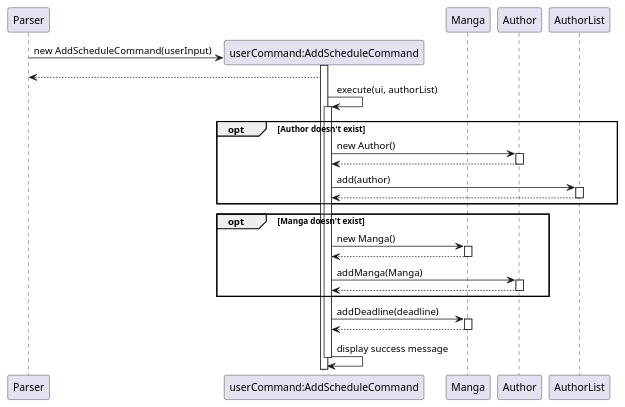
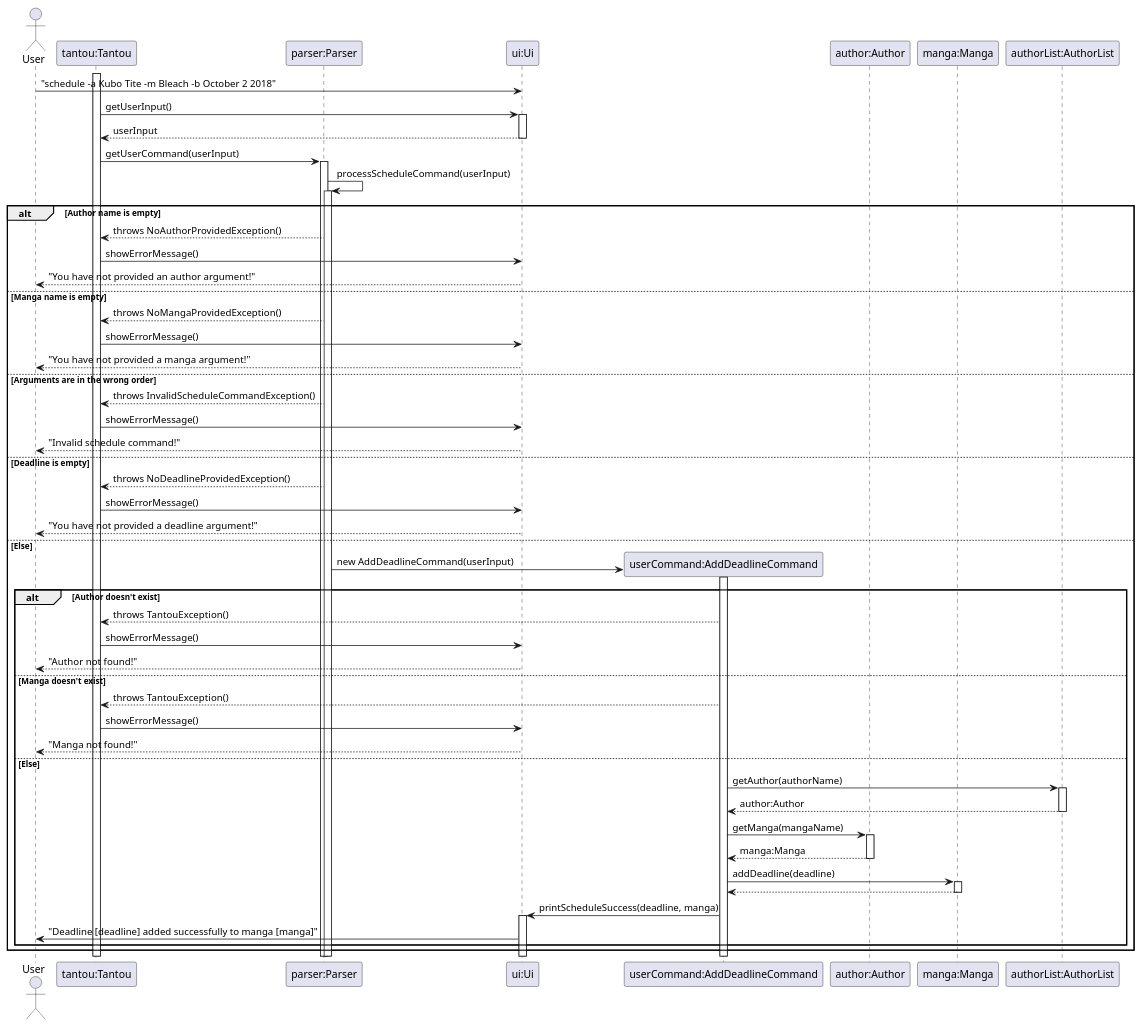
The diagram in docs/uml/puml/schedule.puml (xenthm/tp), drawn with PlantUML before and after one commit. The commit also changed other lines of this file, not shown here.

Commit message:
Included config file based on suggestion by @xenthm

```diff
--- a/docs/uml/puml/schedule.puml
+++ b/docs/uml/puml/schedule.puml
@@ -1,43 +3,75 @@
 @startuml
 
-participant Parser
-participant "userCommand:AddScheduleCommand" as userCommand
-participant Manga
-participant Author
+actor User
+participant "tantou:Tantou" as tantou
+participant "parser:Parser" as parser
+participant "ui:Ui" as ui
+participant "userCommand:AddDeadlineCommand" as userCommand
+participant "author:Author" as author
+participant "manga:Manga" as manga
+participant "authorList:AuthorList" as authorList
 
-create userCommand
-Parser -> userCommand : new AddScheduleCommand(userInput)
-activate userCommand
-Parser <-- userCommand
+activate tantou
 
-userCommand -> userCommand: execute(ui, authorList)
-activate userCommand
-    opt Author doesn't exist
-        userCommand -> Author : new Author()
-        activate Author
-        userCommand <-- Author
-        deactivate Author
-        userCommand -> AuthorList : add(author)
-        activate AuthorList
-        userCommand <-- AuthorList
-        deactivate AuthorList
+User -> ui : "schedule -a Kubo Tite -m Bleach -b October 2 2018"
+
+tantou -> ui: getUserInput()
+activate ui
+ui --> tantou: userInput
+deactivate ui
+
+tantou -> parser:getUserCommand(userInput)
+activate parser
+parser -> parser : processScheduleCommand(userInput)
+activate parser
+alt Author name is empty
+    parser --> tantou : throws NoAuthorProvidedException()
+    tantou -> ui : showErrorMessage()
+    ui --> User : "You have not provided an author argument!"
+else Manga name is empty
+    parser --> tantou : throws NoMangaProvidedException()
+    tantou -> ui : showErrorMessage()
+    ui --> User : "You have not provided a manga argument!"
+else Arguments are in the wrong order
+    parser --> tantou : throws InvalidScheduleCommandException()
+    tantou -> ui : showErrorMessage()
+    ui --> User : "Invalid schedule command!"
+else Deadline is empty
+    parser --> tantou : throws NoDeadlineProvidedException()
+    tantou -> ui : showErrorMessage()
+    ui --> User : "You have not provided a deadline argument!"
+else Else
+    create userCommand
+    parser -> userCommand : new AddDeadlineCommand(userInput)
+    activate userCommand
+    alt Author doesn't exist
+        userCommand --> tantou : throws TantouException()
+        tantou -> ui : showErrorMessage()
+        ui --> User : "Author not found!"
+    else Manga doesn't exist
+        userCommand --> tantou : throws TantouException()
+        tantou -> ui : showErrorMessage()
+        ui --> User : "Manga not found!"
+    else Else
+        userCommand -> authorList : getAuthor(authorName)
+        activate authorList
+        authorList --> userCommand : author:Author
+        deactivate authorList
+
+        userCommand -> author : getManga(mangaName)
+        activate author
+        author --> userCommand : manga:Manga
+        deactivate author
+
+        userCommand -> manga : addDeadline(deadline)
+        activate manga
+        manga --> userCommand
+        deactivate manga
+
+         userCommand -> ui:printScheduleSuccess(deadline, manga)
+         activate ui
+            ui -> User : "Deadline [deadline] added successfully to manga [manga]"
+        end
     end
 
-    opt Manga doesn't exist
-        userCommand -> Manga : new Manga()
-        activate Manga
-        userCommand <-- Manga
-        deactivate Manga
-        userCommand -> Author : addManga(Manga)
-        activate Author
-        userCommand <-- Author
-        deactivate Author
-    end
-    userCommand -> Manga : addDeadline(deadline)
-    activate Manga
-    userCommand <-- Manga
-    deactivate Manga
-    userCommand -> userCommand: display success message
-    deactivate userCommand
-
 @enduml
```
